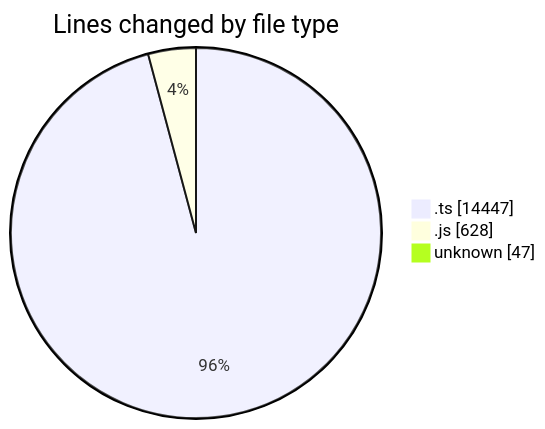
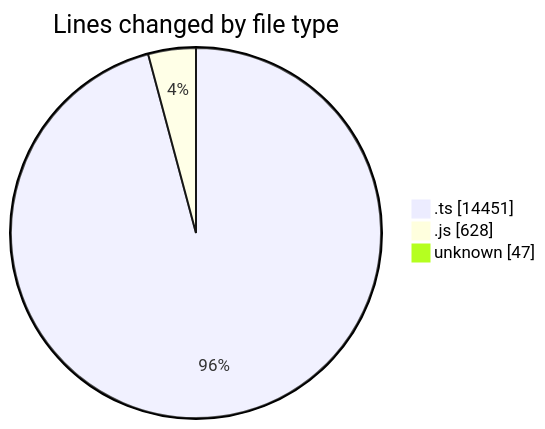
One commit to momahboobian/code-tracking changed the first of 2 diagrams in 2025-09-05/cda/README.md. Above: the diagram before and after it, drawn with Mermaid. The commit also changed other lines of this file and 1 other file, not shown here.

````diff
--- a/2025-09-05/cda/README.md
+++ b/2025-09-05/cda/README.md
@@ -27,7 +27,7 @@
 ```mermaid
 pie showData
 title Lines changed by file type
-".ts" : 14447
+".ts" : 14451
 ".js" : 628
 "unknown" : 47
 ```
````
